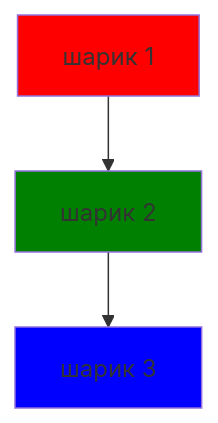
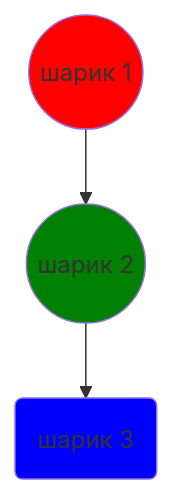
Before and after one commit to Gr-Move/Portfolio: the diagram in New/README.md, drawn with Mermaid.

Commit message:
Zero-Uploading

````diff
--- a/New/README.md
+++ b/New/README.md
@@ -7,8 +7,8 @@
 ```mermaid
 graph TD;
-    A[шарик 1] --> B[шарик 2]
-    B --> C[шарик 3]
+    A((шарик 1)) --> B((шарик 2))
+    B --> C(шарик 3)
     style A fill: red
     style B fill: green
     style C fill: blue
 ```
````
